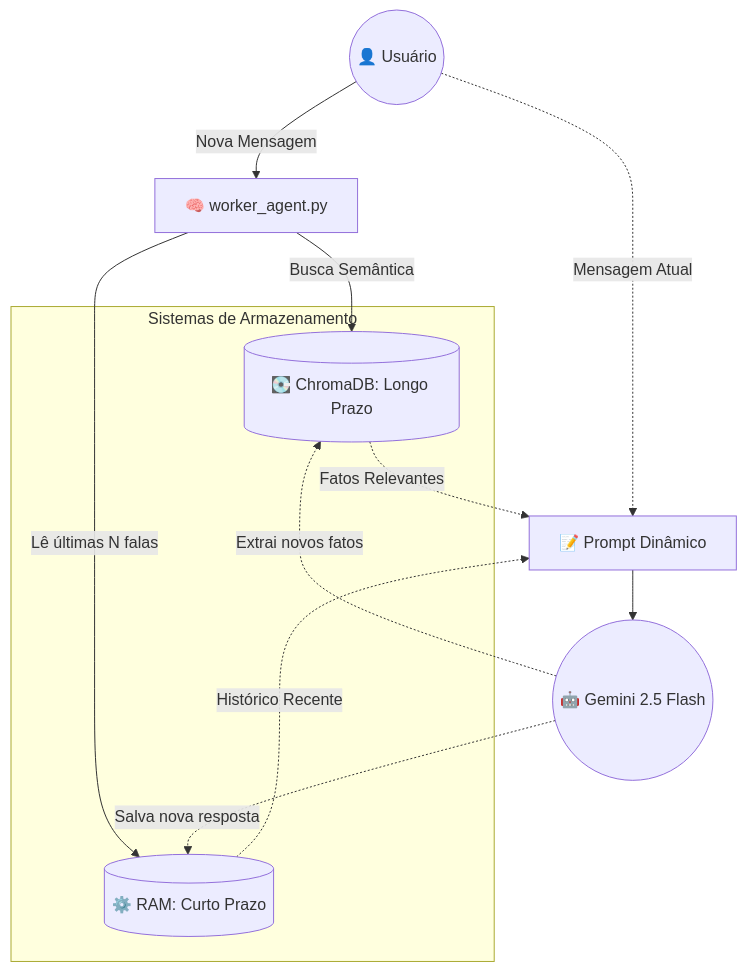
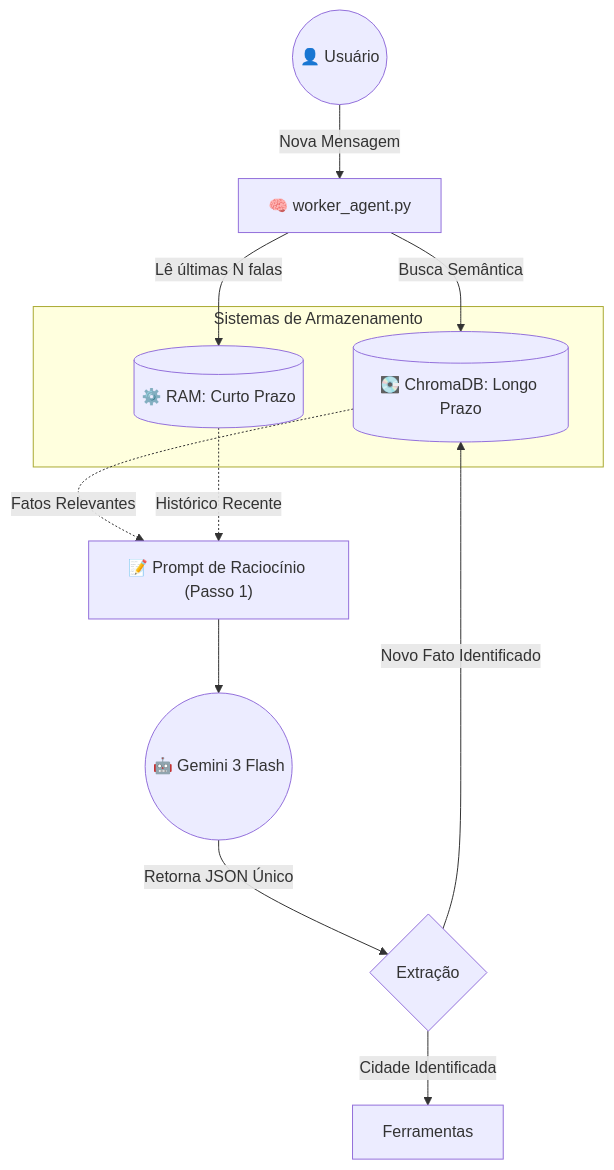
Before and after one commit to sdoblinski/agent-bus-project: the diagram in docs/COGNITIVEMEMORY.md, drawn with Mermaid. The commit also changed other lines of this file and 9 other files, not shown here.

````diff
--- a/docs/COGNITIVEMEMORY.md
+++ b/docs/COGNITIVEMEMORY.md
@@ -15,27 +15,26 @@
 ```mermaid
 graph TD
     %% Entradas
-    User((👤 Usuário)) -->|Nova Mensagem| WORKER[🧠 worker_agent.py]
+    User(("👤 Usuário")) -->|"Nova Mensagem"| WORKER["🧠 worker_agent.py"]
     
     %% Sistemas de Memória
-    subgraph "Sistemas de Armazenamento"
-        RAM[(⚙️ RAM: Curto Prazo)]
-        VECT[(💽 ChromaDB: Longo Prazo)]
+    subgraph Armazenamento ["Sistemas de Armazenamento"]
+        RAM[("⚙️ RAM: Curto Prazo")]
+        VECT[("💽 ChromaDB: Longo Prazo")]
     end
     
     %% RAG: Retrieval (Busca)
-    WORKER -->|Busca Semântica| VECT
-    WORKER -->|Lê últimas N falas| RAM
+    WORKER -->|"Busca Semântica"| VECT
+    WORKER -->|"Lê últimas N falas"| RAM
     
-    %% Construção do Prompt
-    VECT -.->|Fatos Relevantes| PROMPT[📝 Prompt Dinâmico]
-    RAM -.->|Histórico Recente| PROMPT
-    User -.->|Mensagem Atual| PROMPT
+    %% Construção e Execução
+    VECT -.->|"Fatos Relevantes"| PROMPT1["📝 Prompt de Raciocínio (Passo 1)"]
+    RAM -.->|"Histórico Recente"| PROMPT1
     
-    %% Geração
-    PROMPT --> LLM((🤖 Gemini 2.5 Flash))
+    PROMPT1 --> LLM(("🤖 Gemini 3 Flash"))
     
-    %% Consolidação (Salvamento)
-    LLM -.->|Extrai novos fatos| VECT
-    LLM -.->|Salva nova resposta| RAM
+    %% Estratégia Unificada
+    LLM -->|"Retorna JSON Único"| EXTRACTION{"Extração"}
+    EXTRACTION -->|"Novo Fato Identificado"| VECT
+    EXTRACTION -->|"Cidade Identificada"| MCP["Ferramentas"]
 ```
````
